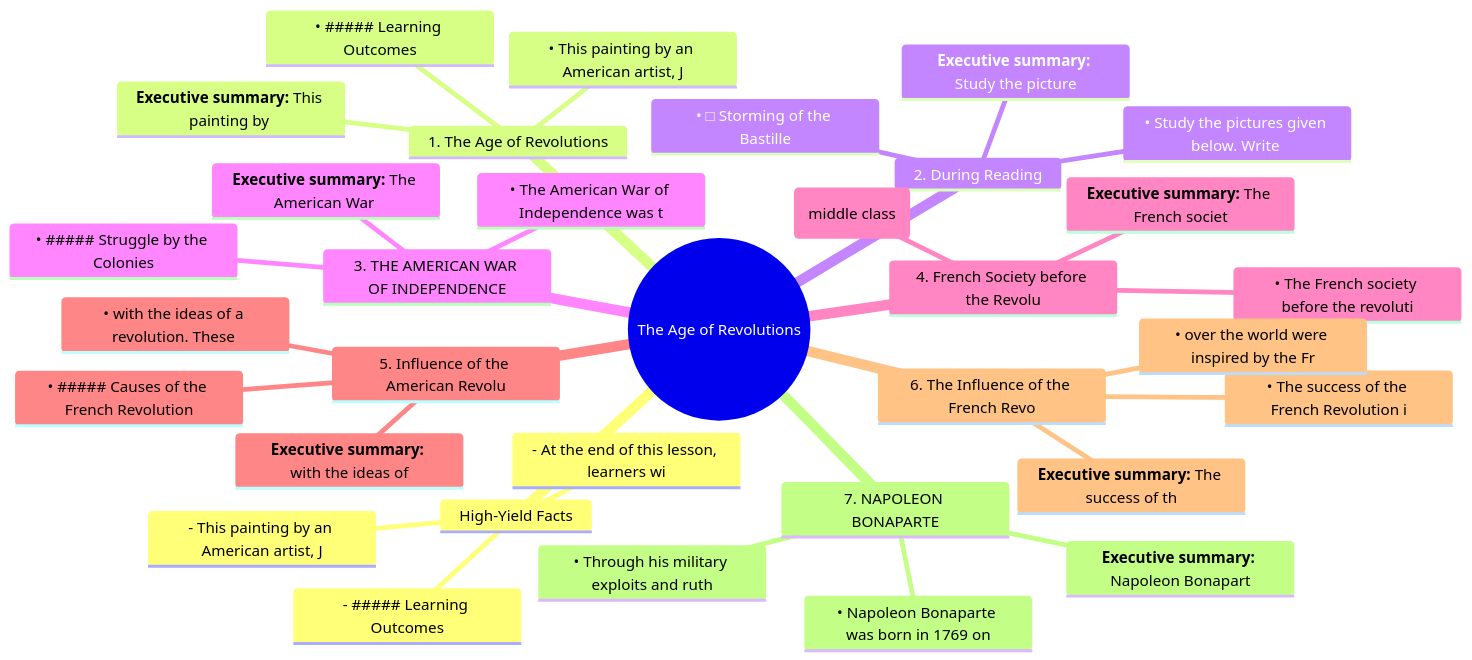
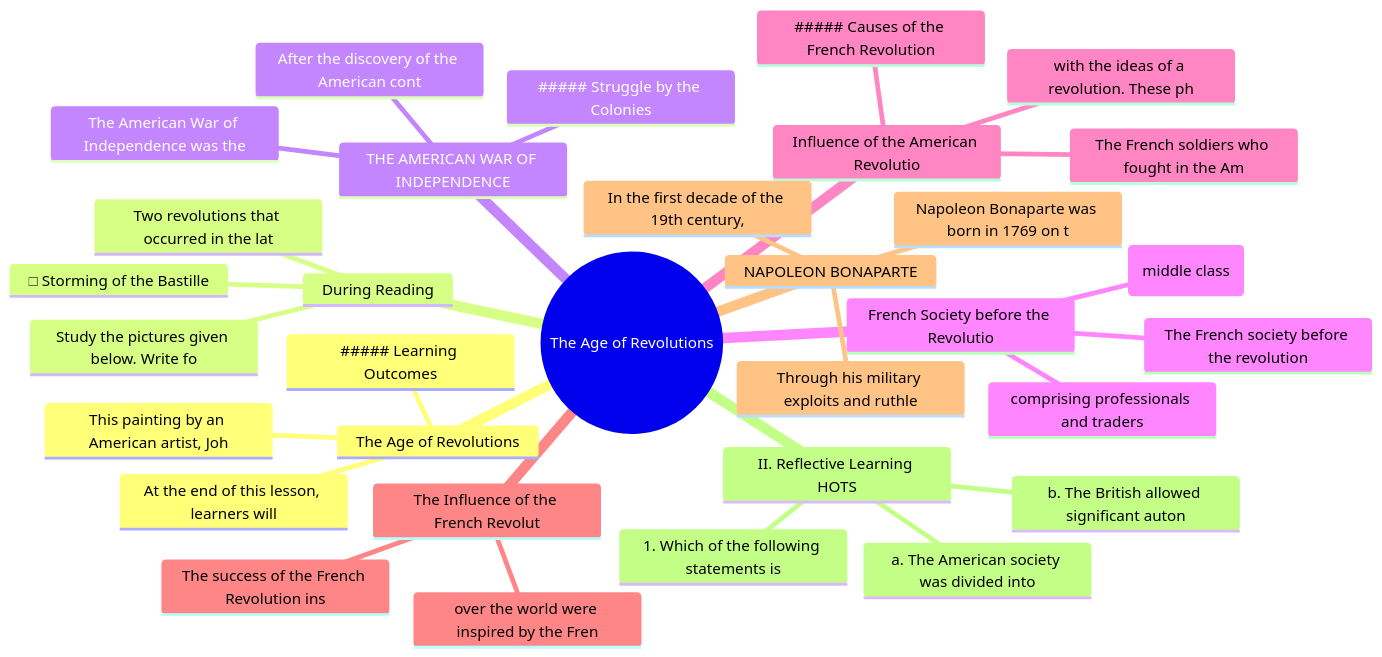
Before and after one commit to drajays/class8: the diagram in data/history8/chapters/ch2.md, drawn with Mermaid. The commit also changed other lines of this file and 60 other files, not shown here.

````diff
--- a/data/history8/chapters/ch2.md
+++ b/data/history8/chapters/ch2.md
@@ -312,36 +275,35 @@
 ```mermaid
 mindmap
   root((The Age of Revolutions))
-    High-Yield Facts
-      - This painting by an American artist, J
-      - ##### Learning Outcomes
-      - At the end of this lesson, learners wi
-    1. The Age of Revolutions
-      **Executive summary:** This painting by 
-      • This painting by an American artist, J
-      • ##### Learning Outcomes
-    2. During Reading
-      **Executive summary:** Study the picture
-      • Study the pictures given below. Write 
-      • □ Storming of the Bastille
-    3. THE AMERICAN WAR OF INDEPENDENCE
-      **Executive summary:** The American War 
-      • The American War of Independence was t
-      • ##### Struggle by the Colonies
-    4. French Society before the Revolu
-      **Executive summary:** The French societ
-      • The French society before the revoluti
-      • bourgeoisie (middle class)
-    5. Influence of the American Revolu
-      **Executive summary:** with the ideas of
-      • with the ideas of a revolution. These 
-      • ##### Causes of the French Revolution
-    6. The Influence of the French Revo
-      **Executive summary:** The success of th
-      • The success of the French Revolution i
-      • over the world were inspired by the Fr
-    7. NAPOLEON BONAPARTE
-      **Executive summary:** Napoleon Bonapart
-      • Napoleon Bonaparte was born in 1769 on
-      • Through his military exploits and ruth
+    The Age of Revolutions
+      This painting by an American artist, Joh
+      ##### Learning Outcomes
+      At the end of this lesson, learners will
+    During Reading
+      Study the pictures given below. Write fo
+      □ Storming of the Bastille
+      Two revolutions that occurred in the lat
+    THE AMERICAN WAR OF INDEPENDENCE
+      The American War of Independence was the
+      ##### Struggle by the Colonies
+      After the discovery of the American cont
+    French Society before the Revolutio
+      The French society before the revolution
+      bourgeoisie (middle class)
+      comprising professionals and traders
+    Influence of the American Revolutio
+      with the ideas of a revolution. These ph
+      ##### Causes of the French Revolution
+      The French soldiers who fought in the Am
+    The Influence of the French Revolut
+      The success of the French Revolution ins
+      over the world were inspired by the Fren
+    NAPOLEON BONAPARTE
+      Napoleon Bonaparte was born in 1769 on t
+      Through his military exploits and ruthle
+      In the first decade of the 19th century,
+    II. Reflective Learning HOTS
+      1. Which of the following statements is 
+      a. The American society was divided into
+      b. The British allowed significant auton
 ```
````
